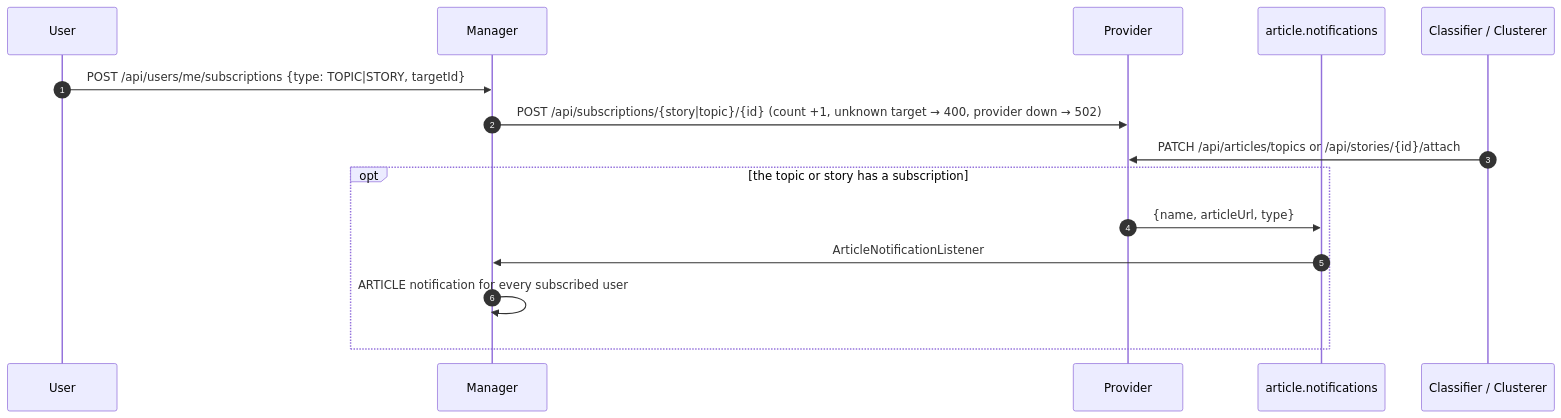
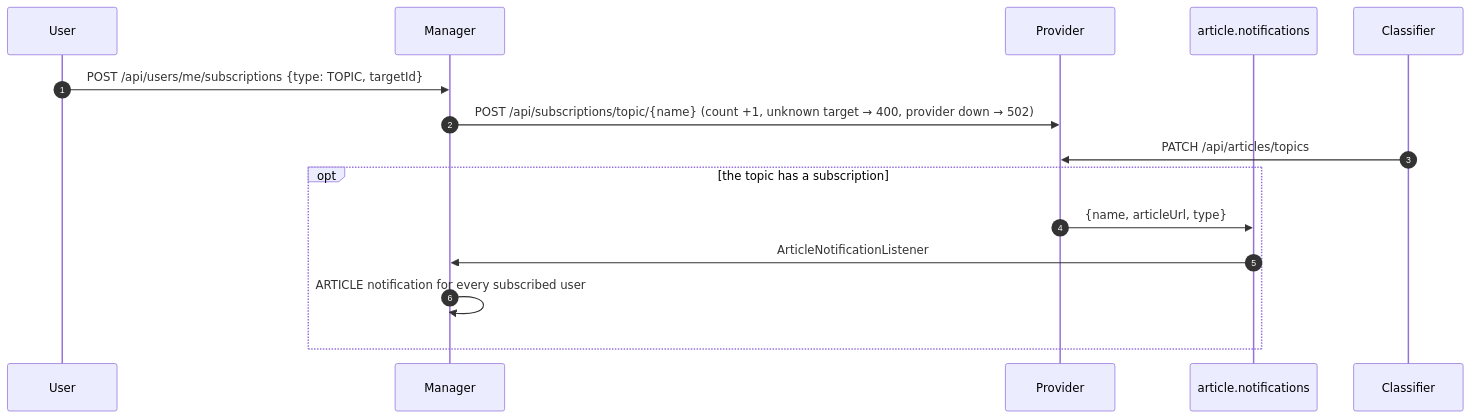
The seventh of 7 diagrams in documentation/SYSTEM_FLOW.md (gabriel-2802/News-Media-Company-Tracker), drawn with Mermaid before and after one commit. The commit also changed other lines of this file and 59 other files, not shown here.

````diff
--- a/documentation/SYSTEM_FLOW.md
+++ b/documentation/SYSTEM_FLOW.md
@@ -270,18 +247,18 @@
 ```mermaid
 sequenceDiagram
     autonumber
     participant U as User
     participant M as Manager
     participant P as Provider
     participant Q as article.notifications
-    participant W as Classifier / Clusterer
+    participant W as Classifier
 
-    U->>M: POST /api/users/me/subscriptions {type: TOPIC|STORY, targetId}
-    M->>P: POST /api/subscriptions/{story|topic}/{id} (count +1, unknown target → 400, provider down → 502)
-    W->>P: PATCH /api/articles/topics or /api/stories/{id}/attach
-    opt the topic or story has a subscription
+    U->>M: POST /api/users/me/subscriptions {type: TOPIC, targetId}
+    M->>P: POST /api/subscriptions/topic/{name} (count +1, unknown target → 400, provider down → 502)
+    W->>P: PATCH /api/articles/topics
+    opt the topic has a subscription
         P->>Q: {name, articleUrl, type}
         Q->>M: ArticleNotificationListener
         M->>M: ARTICLE notification for every subscribed user
     end
 ```
````
